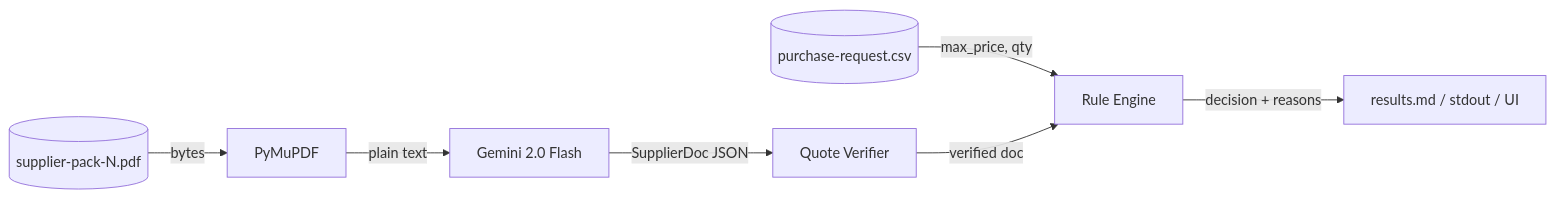
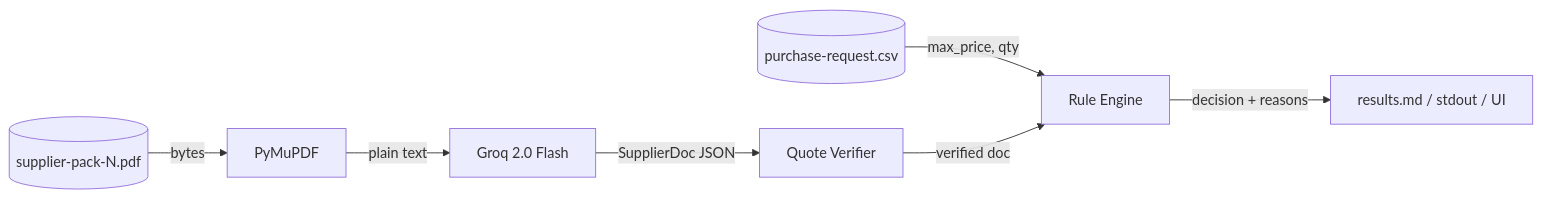
One commit to Faiaz007/Ai-Procurement-Checker changed the sixth of 8 diagrams in docs/ARCHITECTURE.md. Above: the diagram before and after it, drawn with Mermaid. The commit also changed other lines of this file and 6 other files, not shown here.

````diff
--- a/docs/ARCHITECTURE.md
+++ b/docs/ARCHITECTURE.md
@@ -166,9 +166,9 @@
 ```mermaid
 flowchart LR
     PDF[(supplier-pack-N.pdf)] -->|bytes| MuPDF[PyMuPDF]
-    MuPDF -->|plain text| Gemini[Gemini 2.0 Flash]
+    MuPDF -->|plain text| Groq[Groq 2.0 Flash]
     CSV[(purchase-request.csv)] -->|max_price, qty| RuleEngine[Rule Engine]
-    Gemini -->|SupplierDoc JSON| QuoteVerifier[Quote Verifier]
+    Groq -->|SupplierDoc JSON| QuoteVerifier[Quote Verifier]
     QuoteVerifier -->|verified doc| RuleEngine
     RuleEngine -->|decision + reasons| Output["results.md / stdout / UI"]
 ```
````
